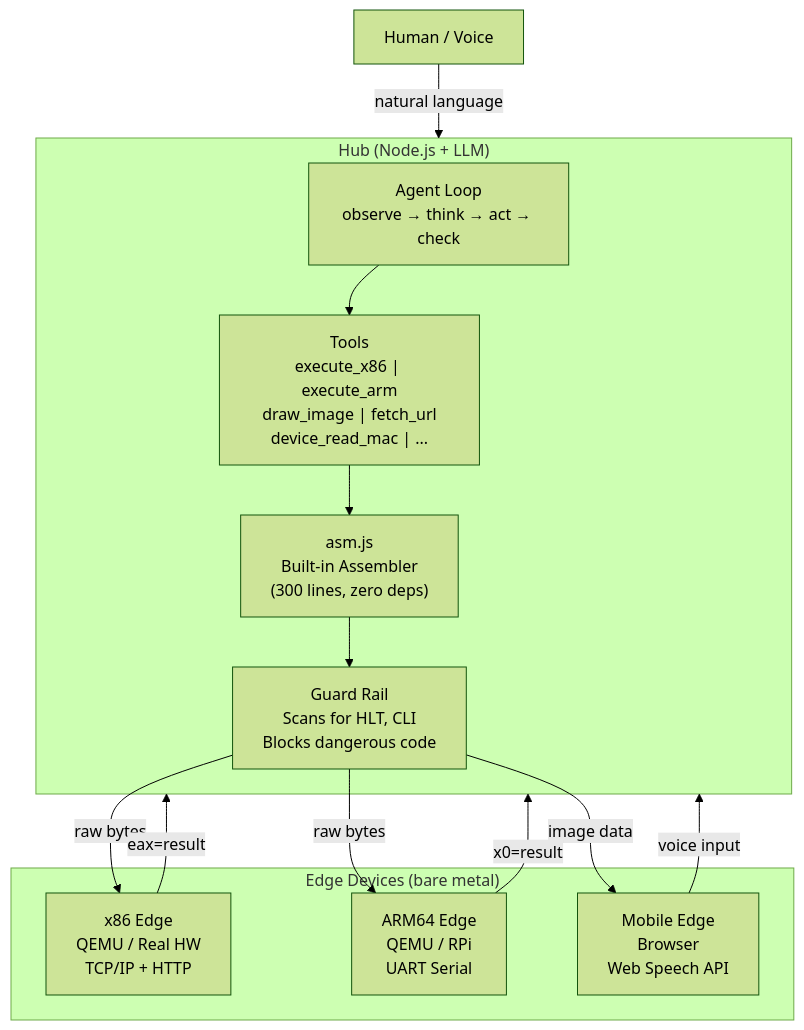
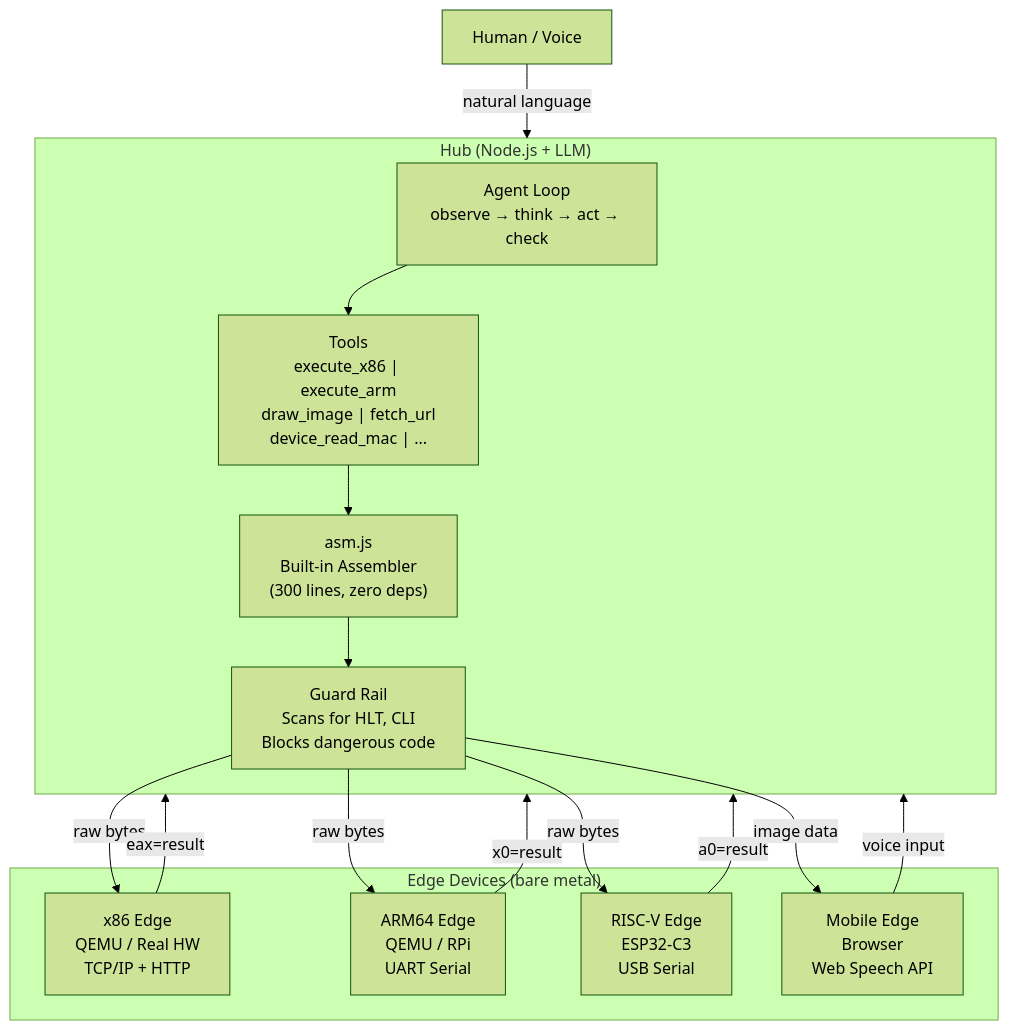
The first of 9 diagrams in README.md (CSP911/poke), drawn with Mermaid (forest theme) before and after one commit. The commit also changed other lines of this file and 17 other files, not shown here.

First line of the commit message:
feat: ESP32-C3 serial edge — USB POKE protocol + temp sensor + LLM validation

````diff
--- a/README.md
+++ b/README.md
@@ -176,28 +184,31 @@
 ```mermaid
 graph TB
     User["Human / Voice"]
 
     subgraph Hub["Hub (Node.js + LLM)"]
         Agent["Agent Loop<br/>observe → think → act → check"]
         Tools["Tools<br/>execute_x86 | execute_arm<br/>draw_image | fetch_url<br/>device_read_mac | ..."]
         ASM["asm.js<br/>Built-in Assembler<br/>(300 lines, zero deps)"]
         Guard["Guard Rail<br/>Scans for HLT, CLI<br/>Blocks dangerous code"]
         Agent --> Tools
         Tools --> ASM
         ASM --> Guard
     end
 
     subgraph Edges["Edge Devices (bare metal)"]
         X86["x86 Edge<br/>QEMU / Real HW<br/>TCP/IP + HTTP"]
         ARM["ARM64 Edge<br/>QEMU / RPi<br/>UART Serial"]
+        RV["RISC-V Edge<br/>ESP32-C3<br/>USB Serial"]
         Mobile["Mobile Edge<br/>Browser<br/>Web Speech API"]
     end
 
     User -->|natural language| Hub
     Guard -->|raw bytes| X86
     Guard -->|raw bytes| ARM
+    Guard -->|raw bytes| RV
     Guard -->|image data| Mobile
     X86 -->|eax=result| Hub
     ARM -->|x0=result| Hub
+    RV -->|a0=result| Hub
     Mobile -->|voice input| Hub
 ```
````
